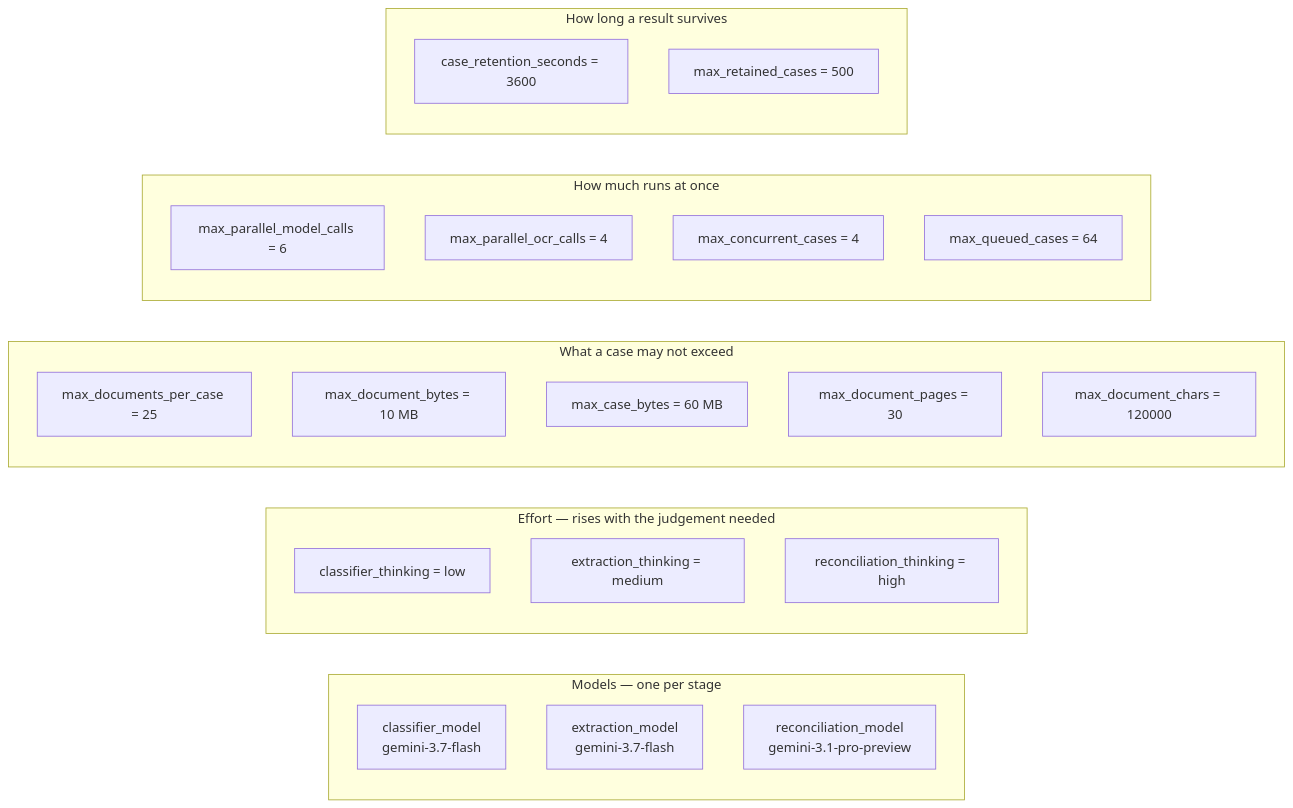
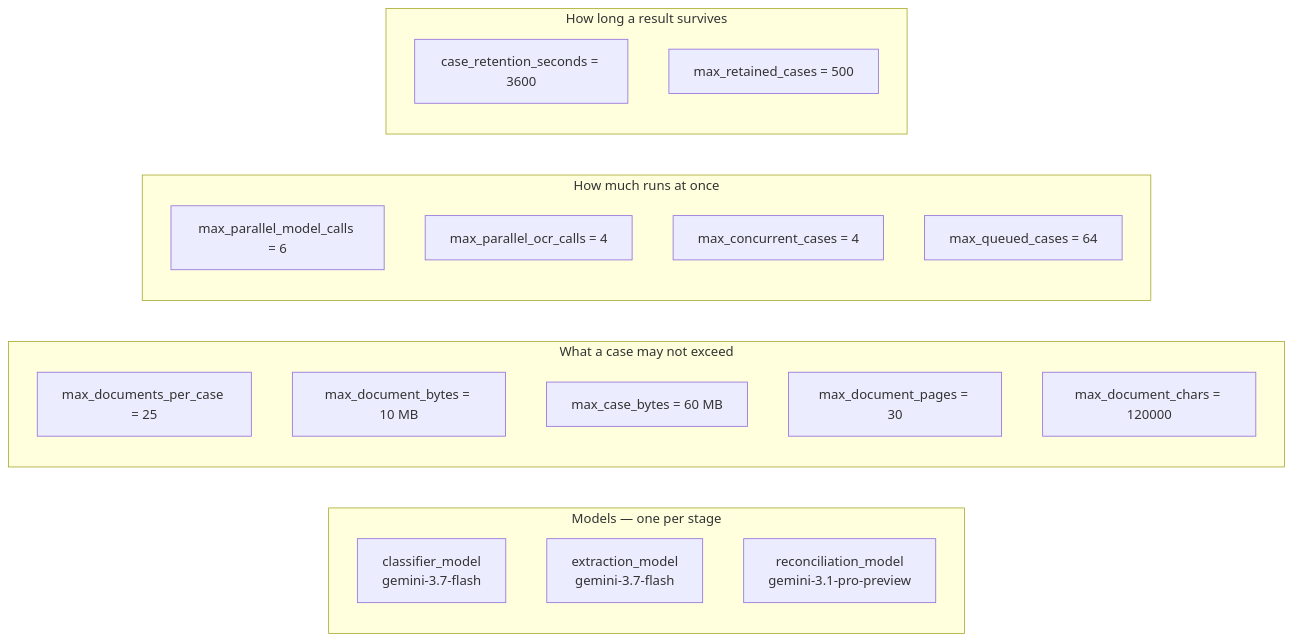
The second of 3 diagrams in backend/Detector/core/README.md (selvakumarperumal/Trade_Finance_Doc_Mismatch_Detector), drawn with Mermaid before and after one commit. The commit also changed other lines of this file and 5 other files, not shown here.

Commit message:
docs: enrich ARCHITECTURE.md and subpackage READMEs with diagrams and technical deep dives

````diff
--- a/backend/Detector/core/README.md
+++ b/backend/Detector/core/README.md
@@ -39,30 +87,25 @@
 ```mermaid
 flowchart LR
     subgraph MODELS["Models — one per stage"]
         M1["classifier_model<br/>gemini-3.7-flash"]
         M2["extraction_model<br/>gemini-3.7-flash"]
         M3["reconciliation_model<br/>gemini-3.1-pro-preview"]
-    end
-    subgraph EFFORT["Effort — rises with the judgement needed"]
-        T1["classifier_thinking = low"]
-        T2["extraction_thinking = medium"]
-        T3["reconciliation_thinking = high"]
     end
     subgraph LIMITS["What a case may not exceed"]
         L1["max_documents_per_case = 25"]
         L2["max_document_bytes = 10 MB"]
         L3["max_case_bytes = 60 MB"]
         L4["max_document_pages = 30"]
         L5["max_document_chars = 120000"]
     end
     subgraph CEILINGS["How much runs at once"]
         C1["max_parallel_model_calls = 6"]
         C2["max_parallel_ocr_calls = 4"]
         C3["max_concurrent_cases = 4"]
         C4["max_queued_cases = 64"]
     end
     subgraph RETENTION["How long a result survives"]
         R1["case_retention_seconds = 3600"]
         R2["max_retained_cases = 500"]
     end
 ```
````
